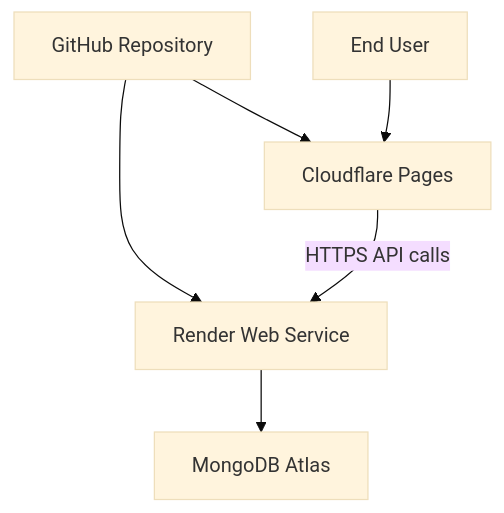
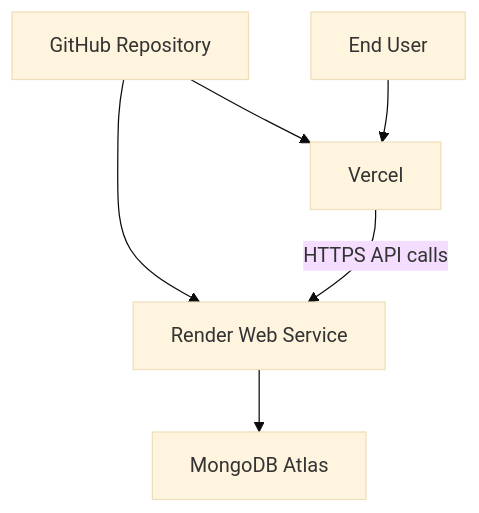
Before and after one commit to gunjitdhakar15/devledger: the first of 2 diagrams in docs/runbooks/deployment.md, drawn with Mermaid (base theme). The commit also changed other lines of this file and 310 other files, not shown here.

````diff
--- a/docs/runbooks/deployment.md
+++ b/docs/runbooks/deployment.md
@@ -36,8 +36,8 @@
 ```mermaid
 flowchart TD
-    Dev["GitHub Repository"] --> FE["Cloudflare Pages"]
+    Dev["GitHub Repository"] --> FE["Vercel"]
     Dev --> BE["Render Web Service"]
     BE --> DB["MongoDB Atlas"]
     FE -->|HTTPS API calls| BE
     User["End User"] --> FE
 ```
````
